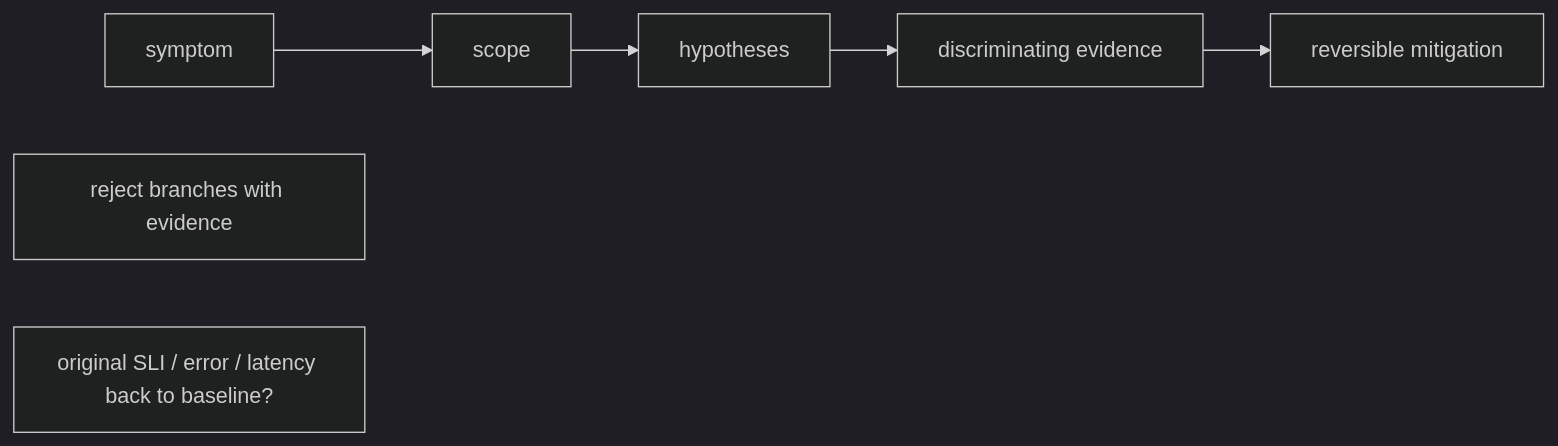
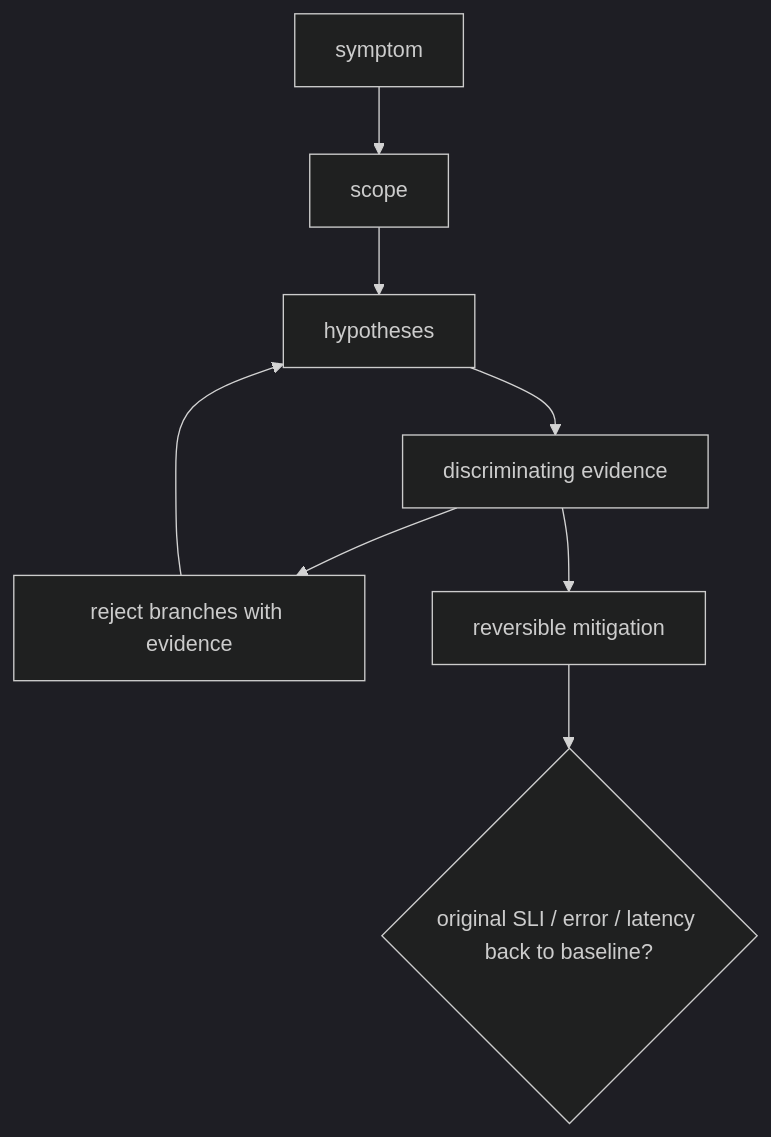
The diagram in docs/volume-07/17-senior-deep-dive-6-incident-workflow-evidence-tree-and-safe-mitigation.md (jithinpnjm/nvidia-devops), drawn with Mermaid (dark theme) before and after one commit. The commit also changed 99 other files, not shown here.

````diff
--- a/docs/volume-07/17-senior-deep-dive-6-incident-workflow-evidence-tree-and-safe-mitigation.md
+++ b/docs/volume-07/17-senior-deep-dive-6-incident-workflow-evidence-tree-and-safe-mitigation.md
@@ -31,15 +31,6 @@
 ```mermaid
-flowchart LR
-  %% Converted from the original ASCII diagram; source wording is preserved.
-  n0["symptom"]
-  n1["scope"]
-  n2["hypotheses"]
-  n3["discriminating evidence"]
-  n4["reversible mitigation"]
-  n5["reject branches with evidence"]
-  n6["original SLI / error / latency back to baseline?"]
-  n0 --> n1
-  n1 --> n2
-  n2 --> n3
-  n3 --> n4
+flowchart TD
+  Symptom["symptom"] --> Scope["scope"] --> Hypotheses["hypotheses"] --> Evidence["discriminating evidence"]
+  Evidence --> Reject["reject branches with evidence"] --> Hypotheses
+  Evidence --> Mitigation["reversible mitigation"] --> Baseline{"original SLI / error / latency back to baseline?"}
 ```
````
